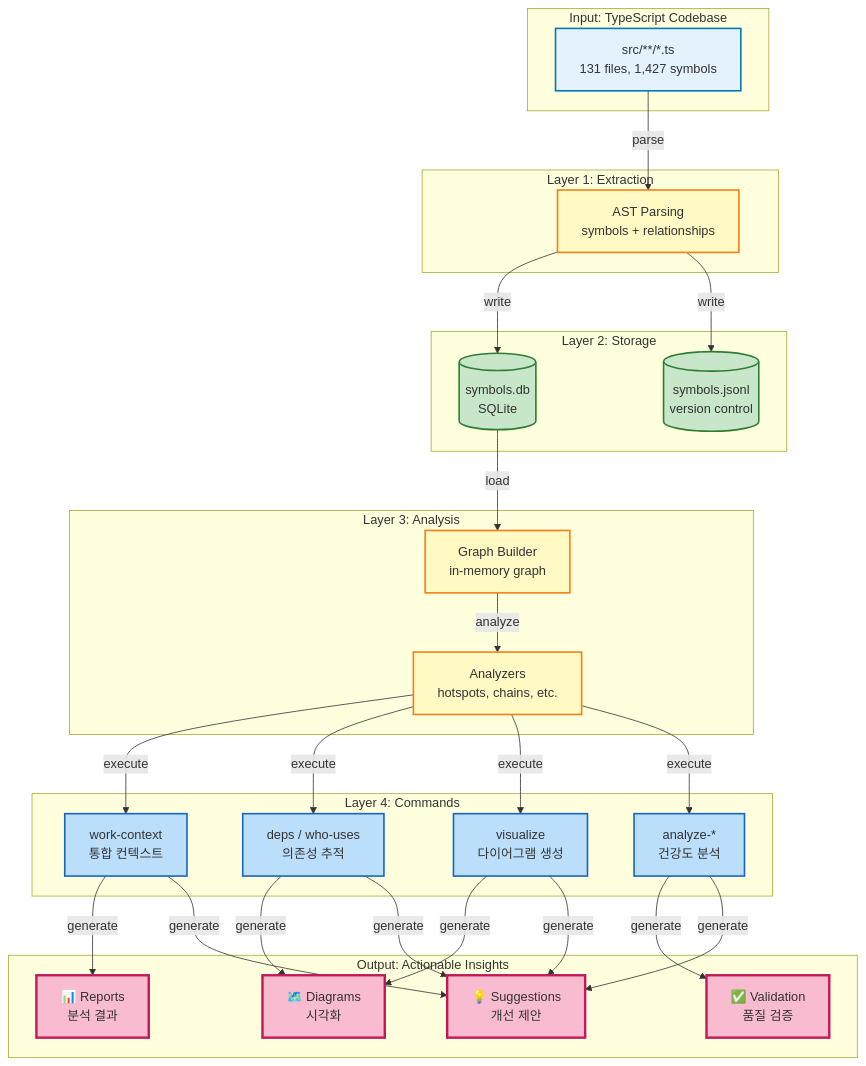
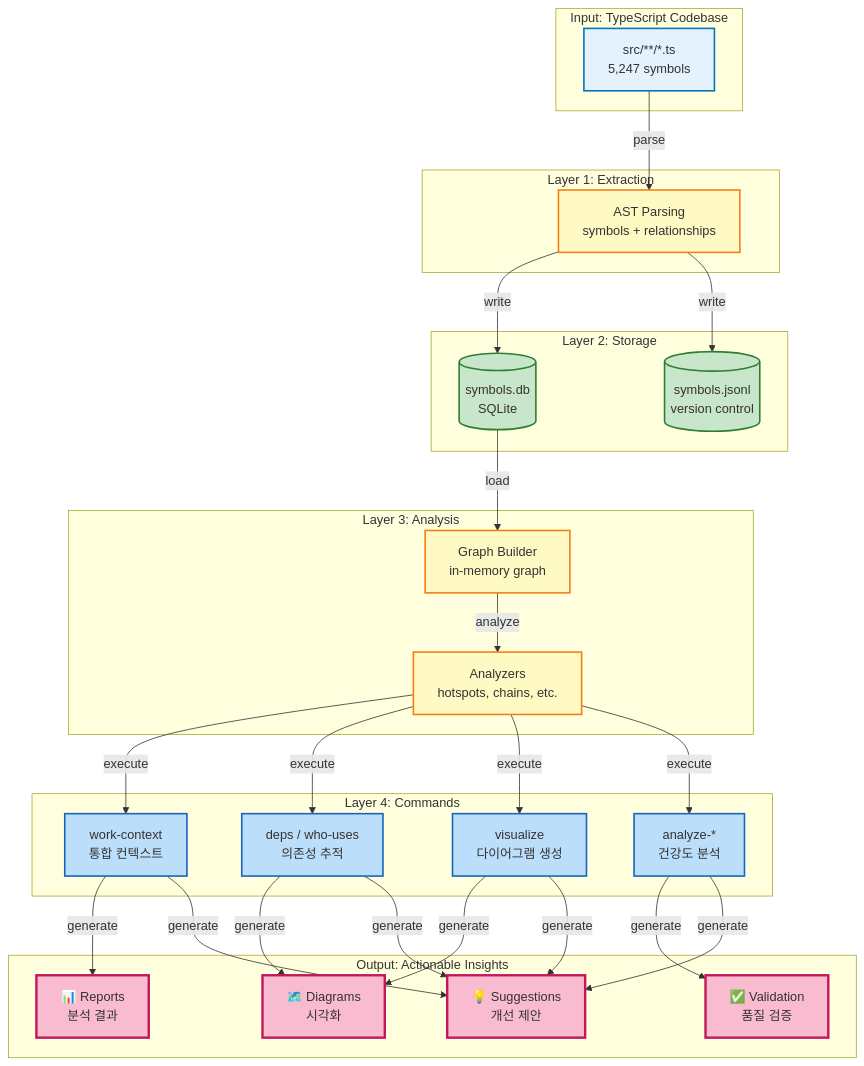
Before and after one commit to mineclover/tsdoc-edge: the seventh of 8 diagrams in managed/architecture/diagrams/dependency-meta-structure.mmd, drawn with Mermaid. The commit also changed other lines of this file and 10 other files, not shown here.

````diff
--- a/managed/architecture/diagrams/dependency-meta-structure.mmd
+++ b/managed/architecture/diagrams/dependency-meta-structure.mmd
@@ -315,63 +329,63 @@
 ```mermaid
 graph TB
     subgraph "Input: TypeScript Codebase"
-        Code[src/**/*.ts<br/>131 files, 1,427 symbols]
+        Code[src/**/*.ts<br/>5,247 symbols]
     end
 
     subgraph "Layer 1: Extraction"
         E1[AST Parsing<br/>symbols + relationships]
     end
 
     subgraph "Layer 2: Storage"
         S1[(symbols.db<br/>SQLite)]
         S2[(symbols.jsonl<br/>version control)]
     end
 
     subgraph "Layer 3: Analysis"
         A1[Graph Builder<br/>in-memory graph]
         A2[Analyzers<br/>hotspots, chains, etc.]
     end
 
     subgraph "Layer 4: Commands"
         C1[work-context<br/>통합 컨텍스트]
         C2[deps / who-uses<br/>의존성 추적]
         C3[visualize<br/>다이어그램 생성]
         C4[analyze-*<br/>건강도 분석]
     end
 
     subgraph "Output: Actionable Insights"
         O1[📊 Reports<br/>분석 결과]
         O2[🗺️ Diagrams<br/>시각화]
         O3[✅ Validation<br/>품질 검증]
         O4[💡 Suggestions<br/>개선 제안]
     end
 
     Code -->|parse| E1
     E1 -->|write| S1
     E1 -->|write| S2
     S1 -->|load| A1
     A1 -->|analyze| A2
     A2 -->|execute| C1
     A2 -->|execute| C2
     A2 -->|execute| C3
     A2 -->|execute| C4
 
     C1 -->|generate| O1
     C2 -->|generate| O2
     C3 -->|generate| O2
     C4 -->|generate| O3
     C1 & C2 & C3 & C4 -->|generate| O4
 
     classDef input fill:#e3f2fd,stroke:#0277bd,stroke-width:2px
     classDef layer fill:#fff9c4,stroke:#f57f17,stroke-width:2px
     classDef storage fill:#c8e6c9,stroke:#2e7d32,stroke-width:2px
     classDef command fill:#bbdefb,stroke:#1565c0,stroke-width:2px
     classDef output fill:#f8bbd0,stroke:#c2185b,stroke-width:3px
 
     class Code input
     class E1 layer
     class S1,S2 storage
     class A1,A2 layer
     class C1,C2,C3,C4 command
     class O1,O2,O3,O4 output
 ```
````
